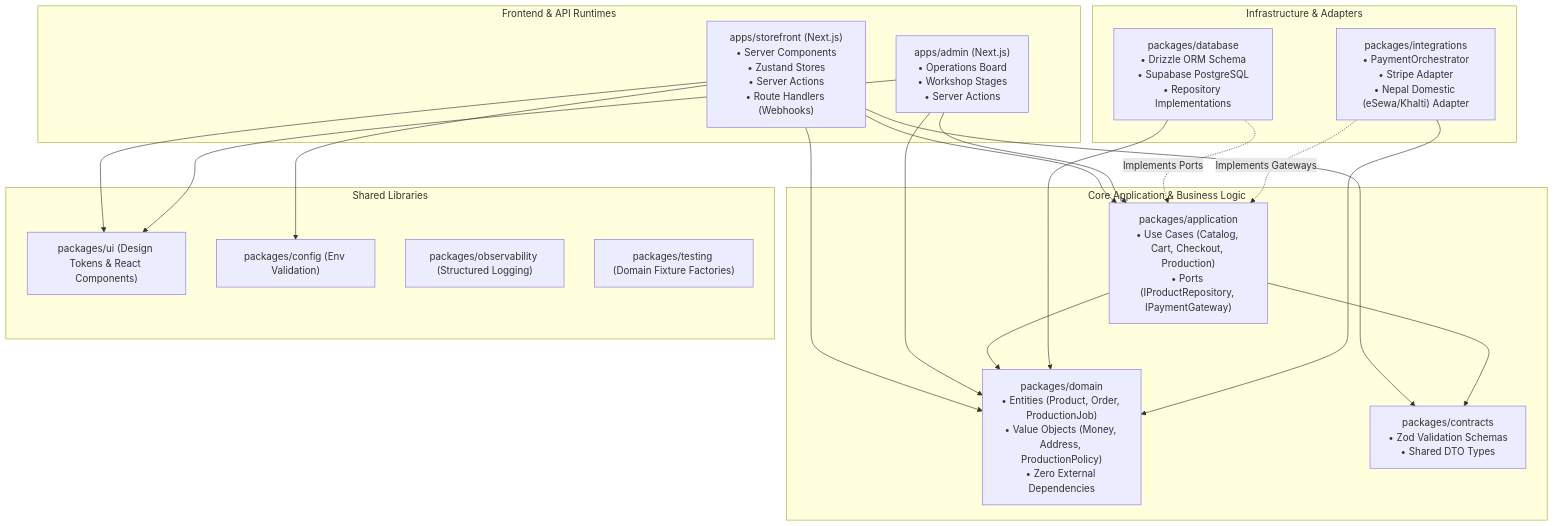
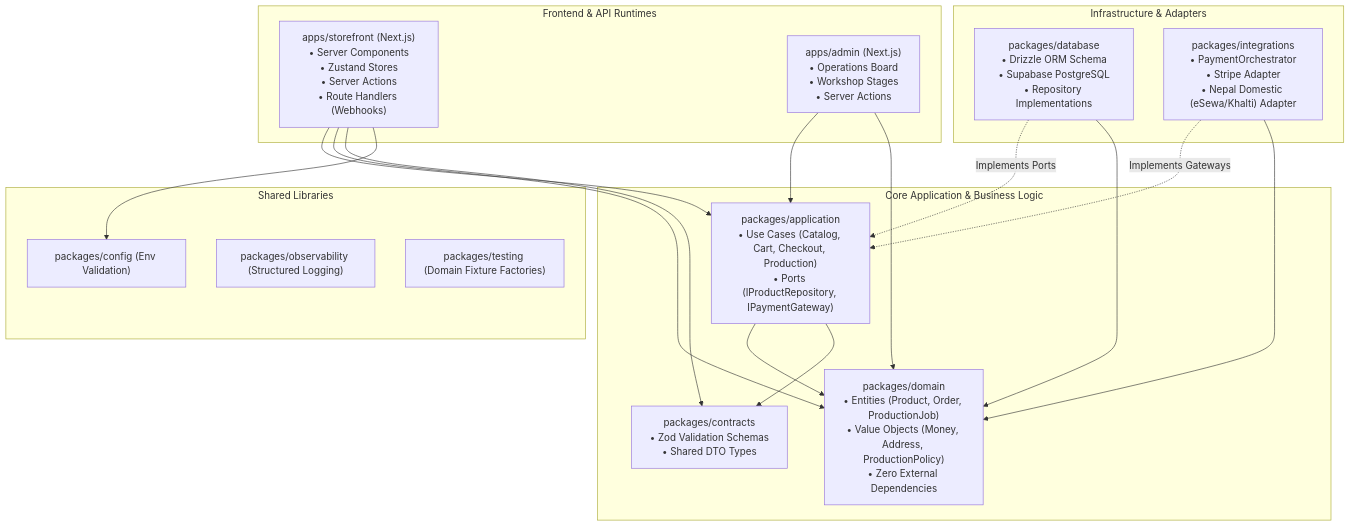
Before and after one commit to Sarthak2233/Jeanius: the diagram in docs/architecture/architecture-walkthrough.md, drawn with Mermaid. The commit also changed 160 other files, not shown here.

First line of the commit message:
feat(storefront): implement design system, shell, and auth security (JN-111..JN-156)

````diff
--- a/docs/architecture/architecture-walkthrough.md
+++ b/docs/architecture/architecture-walkthrough.md
@@ -16,44 +16,41 @@
 ```mermaid
 graph TD
     subgraph Frontend & API Runtimes
         Storefront["apps/storefront (Next.js)<br/>• Server Components<br/>• Zustand Stores<br/>• Server Actions<br/>• Route Handlers (Webhooks)"]
         Admin["apps/admin (Next.js)<br/>• Operations Board<br/>• Workshop Stages<br/>• Server Actions"]
     end
 
     subgraph Core Application & Business Logic
         AppLayer["packages/application<br/>• Use Cases (Catalog, Cart, Checkout, Production)<br/>• Ports (IProductRepository, IPaymentGateway)"]
         Domain["packages/domain<br/>• Entities (Product, Order, ProductionJob)<br/>• Value Objects (Money, Address, ProductionPolicy)<br/>• Zero External Dependencies"]
         Contracts["packages/contracts<br/>• Zod Validation Schemas<br/>• Shared DTO Types"]
     end
 
     subgraph Infrastructure & Adapters
         Database["packages/database<br/>• Drizzle ORM Schema<br/>• Supabase PostgreSQL<br/>• Repository Implementations"]
         Integrations["packages/integrations<br/>• PaymentOrchestrator<br/>• Stripe Adapter<br/>• Nepal Domestic (eSewa/Khalti) Adapter"]
     end
 
     subgraph Shared Libraries
-        UI["packages/ui (Design Tokens & React Components)"]
         Config["packages/config (Env Validation)"]
         Obs["packages/observability (Structured Logging)"]
         Testing["packages/testing (Domain Fixture Factories)"]
     end
 
     Storefront --> AppLayer
     Storefront --> Domain
     Storefront --> Contracts
-    Storefront --> UI
     Storefront --> Config
 
     Admin --> AppLayer
     Admin --> Domain
-    Admin --> UI
 
     AppLayer --> Domain
     AppLayer --> Contracts
 
     Database -.->|Implements Ports| AppLayer
     Database --> Domain
 
     Integrations -.->|Implements Gateways| AppLayer
     Integrations --> Domain
 ```
````
